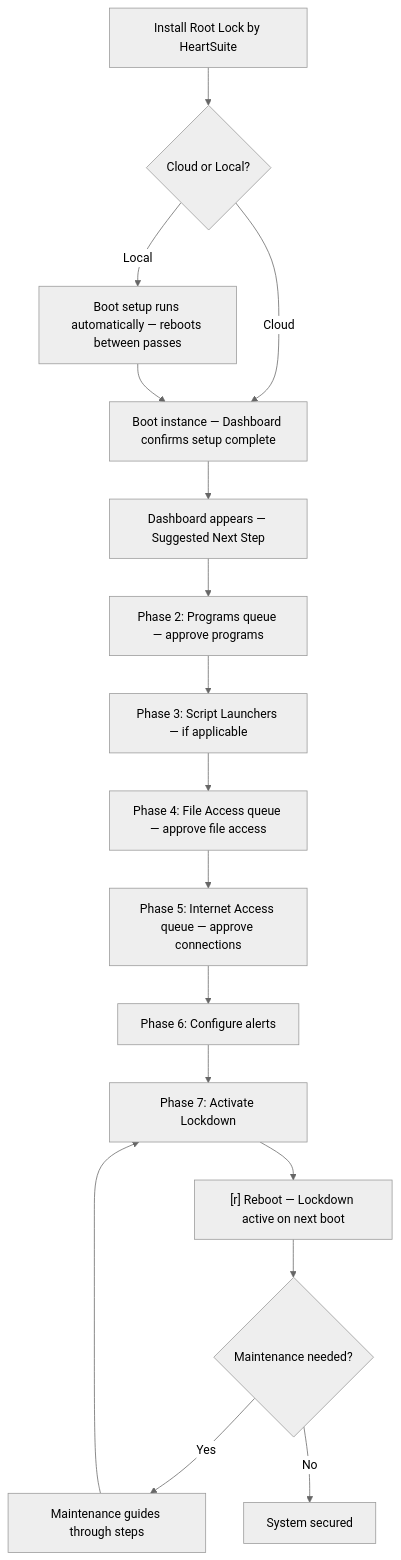
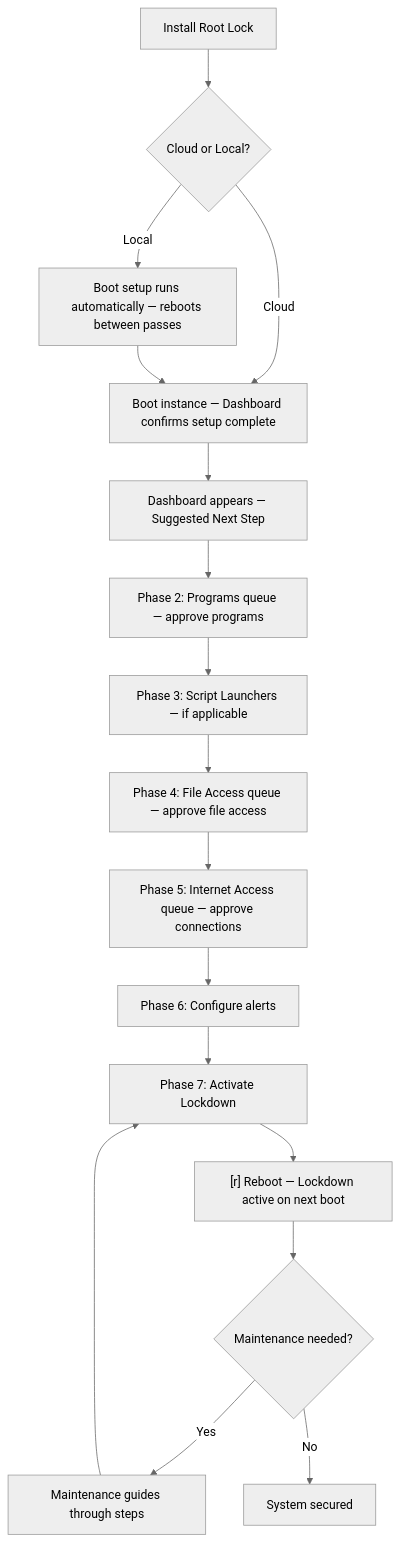
Before and after one commit to HeartSecuritySuite/heartsuite-docs: the diagram in content/en/docs/introduction/setup-overview/_index.md, drawn with Mermaid (neutral theme). The commit also changed other lines of this file and 54 other files, not shown here.

First line of the commit message:
docs: first-mention Root Lock naming

````diff
--- a/content/en/docs/introduction/setup-overview/_index.md
+++ b/content/en/docs/introduction/setup-overview/_index.md
@@ -63,19 +63,19 @@
 ```mermaid
 graph TD
-    A[Install Root Lock by HeartSuite] --> B{Cloud or Local?}
+    A[Install Root Lock] --> B{Cloud or Local?}
     B -- Cloud --> C[Boot instance — Dashboard confirms setup complete]
     B -- Local --> D["Boot setup runs automatically — reboots between passes"]
     D --> C
     C --> E[Dashboard appears — Suggested Next Step]
     E --> F["Phase 2: Programs queue — approve programs"]
     F --> G["Phase 3: Script Launchers — if applicable"]
     G --> H["Phase 4: File Access queue — approve file access"]
     H --> I["Phase 5: Internet Access queue — approve connections"]
     I --> J["Phase 6: Configure alerts"]
     J --> K["Phase 7: Activate Lockdown"]
     K --> L["[r] Reboot — Lockdown active on next boot"]
     L --> M{Maintenance needed?}
     M -- Yes --> N["Maintenance guides through steps"]
     N --> K
     M -- No --> O[System secured]
 ```
````
